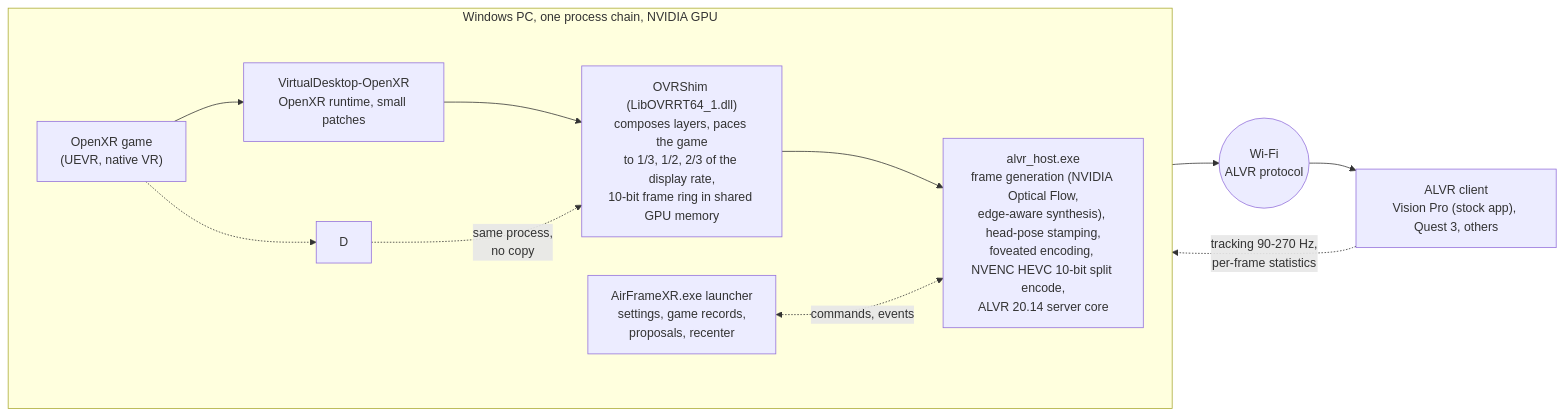
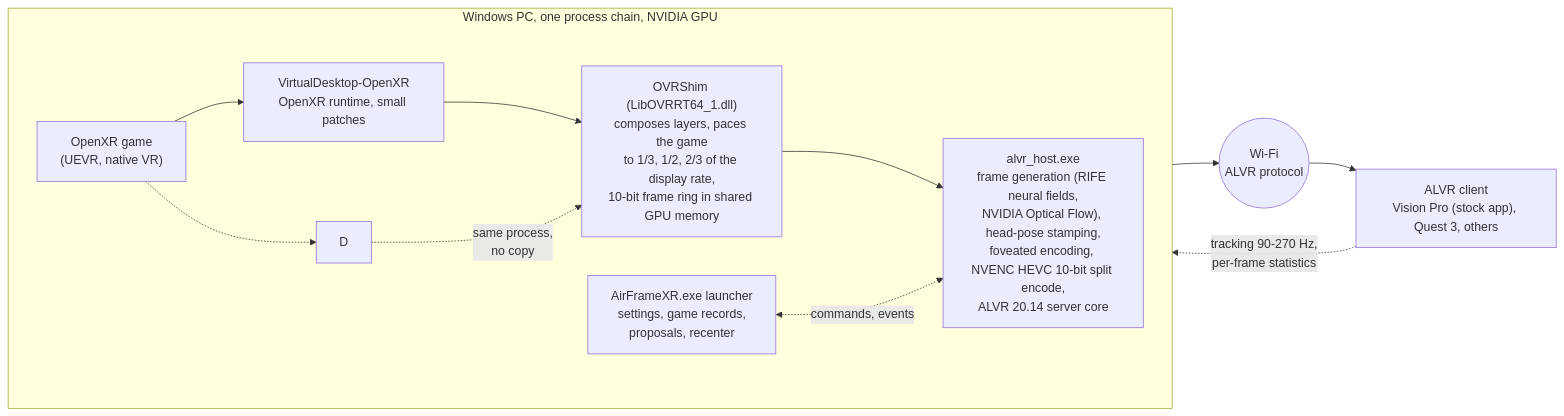
The diagram in README.md (jfbobier/AirFrameXR), drawn with Mermaid before and after one commit. The commit also changed other lines of this file and 1 other file, not shown here.

Commit message:
README: the neural frame generation engine (RIFE 4.4 on our own CUDA, optical flow + edge as the fallback), RIFE (MIT) and CUTLASS credited; recipe: DLL bytes depend on the build folder

````diff
--- a/README.md
+++ b/README.md
@@ -105,18 +105,18 @@
 ```mermaid
 flowchart LR
     subgraph PC["Windows PC, one process chain, NVIDIA GPU"]
         direction LR
         G["OpenXR game<br/>(UEVR, native VR)"]
         V["VirtualDesktop-OpenXR<br/>OpenXR runtime, small patches"]
         S["OVRShim (LibOVRRT64_1.dll)<br/>composes layers, paces the game<br/>to 1/3, 1/2, 2/3 of the display rate,<br/>10-bit frame ring in shared GPU memory"]
-        H["alvr_host.exe<br/>frame generation (NVIDIA Optical Flow,<br/>edge-aware synthesis), head-pose stamping,<br/>foveated encoding, NVENC HEVC 10-bit split encode,<br/>ALVR 20.14 server core"]
+        H["alvr_host.exe<br/>frame generation (RIFE neural fields,<br/>NVIDIA Optical Flow), head-pose stamping,<br/>foveated encoding, NVENC HEVC 10-bit split encode,<br/>ALVR 20.14 server core"]
         L["AirFrameXR.exe launcher<br/>settings, game records,<br/>proposals, recenter"]
         G --> V --> S --> H
         G -.-> D -.->|same process,<br/>no copy| S
         L <-.->|commands, events| H
     end
     W(("Wi-Fi<br/>ALVR protocol"))
     C["ALVR client<br/>Vision Pro (stock app), Quest 3, others"]
     H --> W --> C
     C -.->|tracking 90-270 Hz,<br/>per-frame statistics| H
 ```
````
